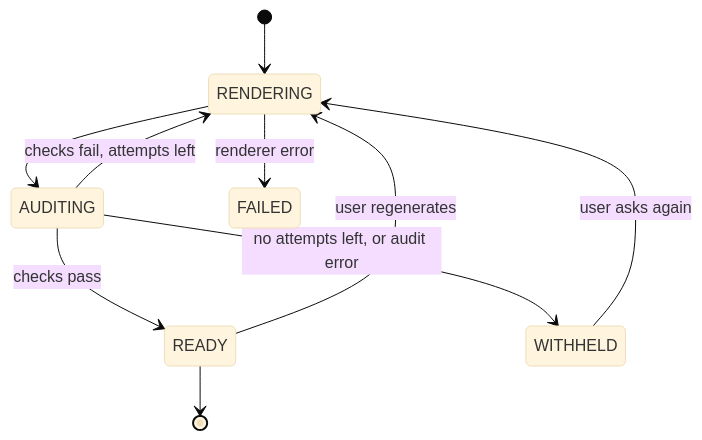
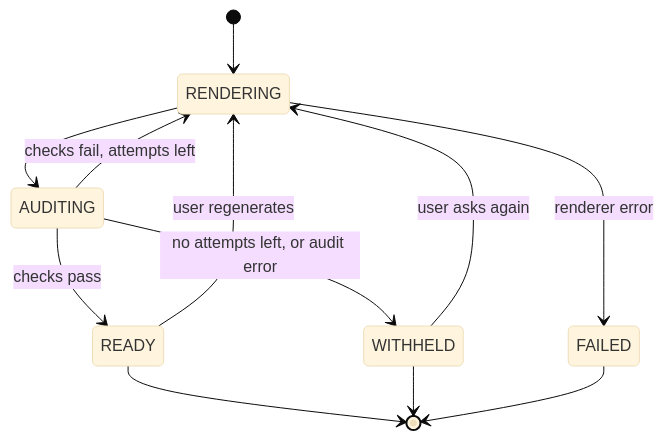
The third of 3 diagrams in docs/design/characters.md (Katlego-tech/Panelwise), drawn with Mermaid (base theme) before and after one commit. The commit also changed other lines of this file, not shown here.

````diff
--- a/docs/design/characters.md
+++ b/docs/design/characters.md
@@ -142,12 +163,14 @@
 ```mermaid
 stateDiagram-v2
     [*] --> RENDERING
     RENDERING --> AUDITING
     AUDITING --> READY: checks pass
     AUDITING --> RENDERING: checks fail, attempts left
     AUDITING --> WITHHELD: no attempts left, or audit error
     RENDERING --> FAILED: renderer error
     WITHHELD --> RENDERING: user asks again
     READY --> RENDERING: user regenerates
     READY --> [*]
+    WITHHELD --> [*]
+    FAILED --> [*]
 ```
````
